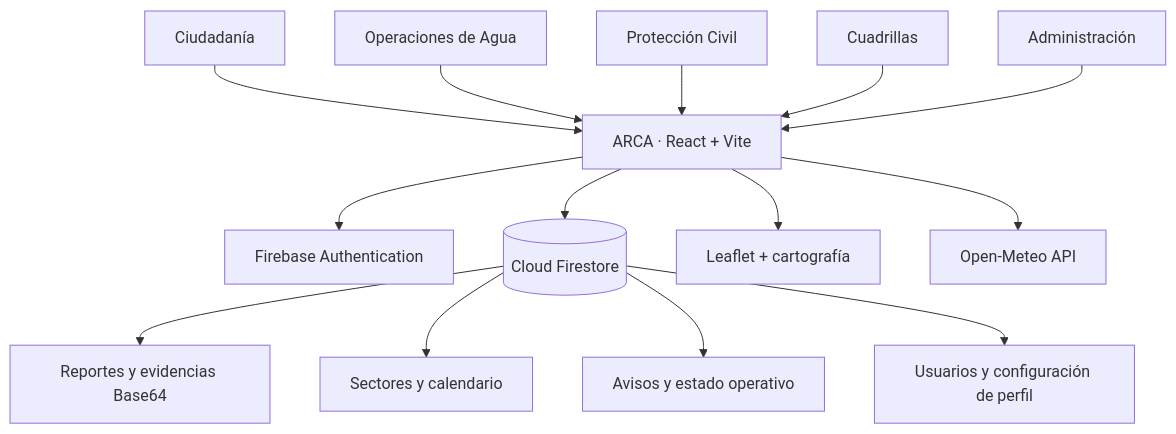
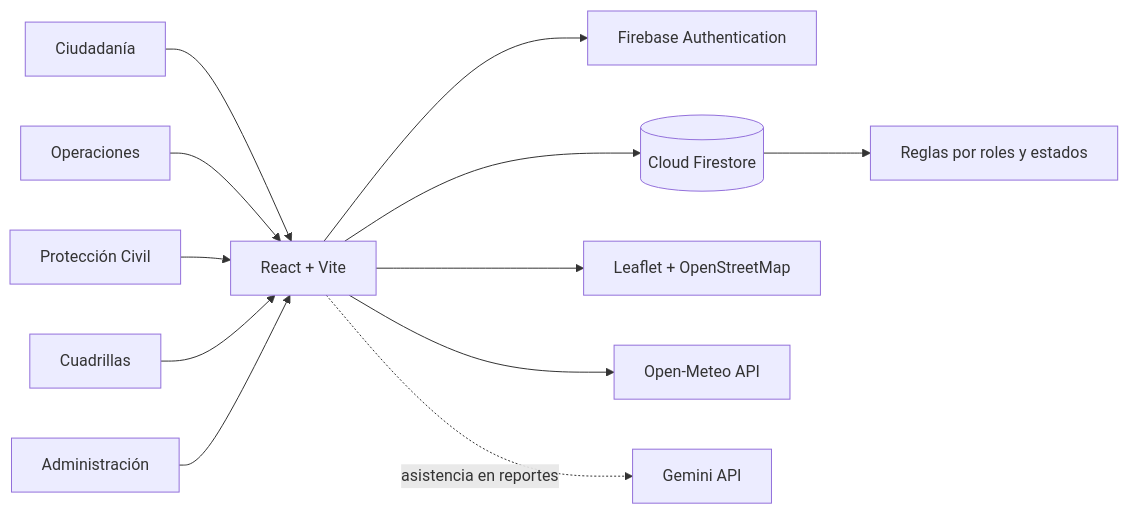
The second of 2 diagrams in README.md (JuanECC/ARCA), drawn with Mermaid before and after one commit. The commit also changed other lines of this file, not shown here.

Commit message:
docs: actualizar README final de ARCA con tecnologias, Gemini y bitacora

````diff
--- a/README.md
+++ b/README.md
@@ -103,16 +125,14 @@
 ```mermaid
-flowchart TD
-    A[Ciudadanía] --> W[ARCA · React + Vite]
-    O[Operaciones de Agua] --> W
-    P[Protección Civil] --> W
-    M[Cuadrillas] --> W
-    D[Administración] --> W
-    W --> AUTH[Firebase Authentication]
-    W --> DB[(Cloud Firestore)]
-    W --> MAP[Leaflet + cartografía]
-    W --> METEO[Open-Meteo API]
-    DB --> R[Reportes y evidencias Base64]
-    DB --> S[Sectores y calendario]
-    DB --> N[Avisos y estado operativo]
-    DB --> U[Usuarios y configuración de perfil]
+flowchart LR
+    U[Ciudadanía] --> WEB[React + Vite]
+    O[Operaciones] --> WEB
+    P[Protección Civil] --> WEB
+    C[Cuadrillas] --> WEB
+    A[Administración] --> WEB
+    WEB --> AUTH[Firebase Authentication]
+    WEB --> FS[(Cloud Firestore)]
+    WEB --> MAP[Leaflet + OpenStreetMap]
+    WEB --> WX[Open-Meteo API]
+    WEB -. asistencia en reportes .-> IA[Gemini API]
+    FS --> RULES[Reglas por roles y estados]
 ```
````
